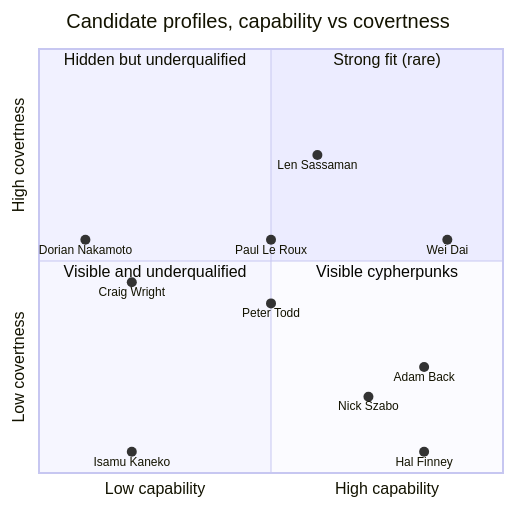
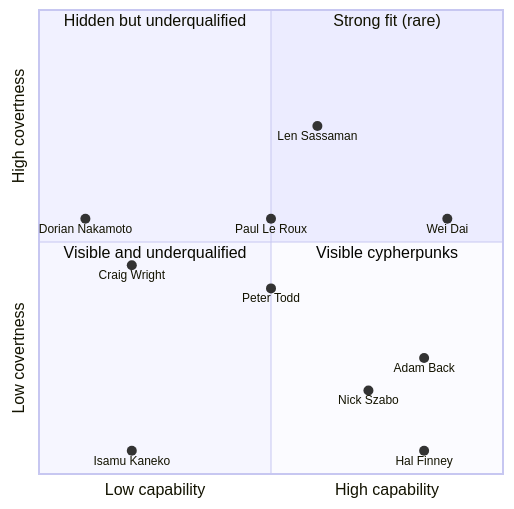
The second of 2 diagrams in src/data/entries/en/analysis/2008-10-31-satoshi-identity-hypotheses-overview.md (cypher256/BitcoinArchive), drawn with Mermaid before and after one commit. The commit also changed other lines of this file and 50 other files, not shown here.

````diff
--- a/src/data/entries/en/analysis/2008-10-31-satoshi-identity-hypotheses-overview.md
+++ b/src/data/entries/en/analysis/2008-10-31-satoshi-identity-hypotheses-overview.md
@@ -186,20 +190,19 @@
 ```mermaid
 quadrantChart
-    title Candidate profiles, capability vs covertness
     x-axis "Low capability" --> "High capability"
     y-axis "Low covertness" --> "High covertness"
     quadrant-1 "Strong fit (rare)"
     quadrant-2 "Hidden but underqualified"
     quadrant-3 "Visible and underqualified"
     quadrant-4 "Visible cypherpunks"
     "Wei Dai": [0.88, 0.55]
     "Adam Back": [0.83, 0.25]
     "Hal Finney": [0.83, 0.05]
     "Nick Szabo": [0.71, 0.18]
     "Len Sassaman": [0.6, 0.75]
     "Paul Le Roux": [0.5, 0.55]
     "Peter Todd": [0.5, 0.4]
     "Craig Wright": [0.2, 0.45]
     "Dorian Nakamoto": [0.1, 0.55]
     "Isamu Kaneko": [0.2, 0.05]
 ```
````
